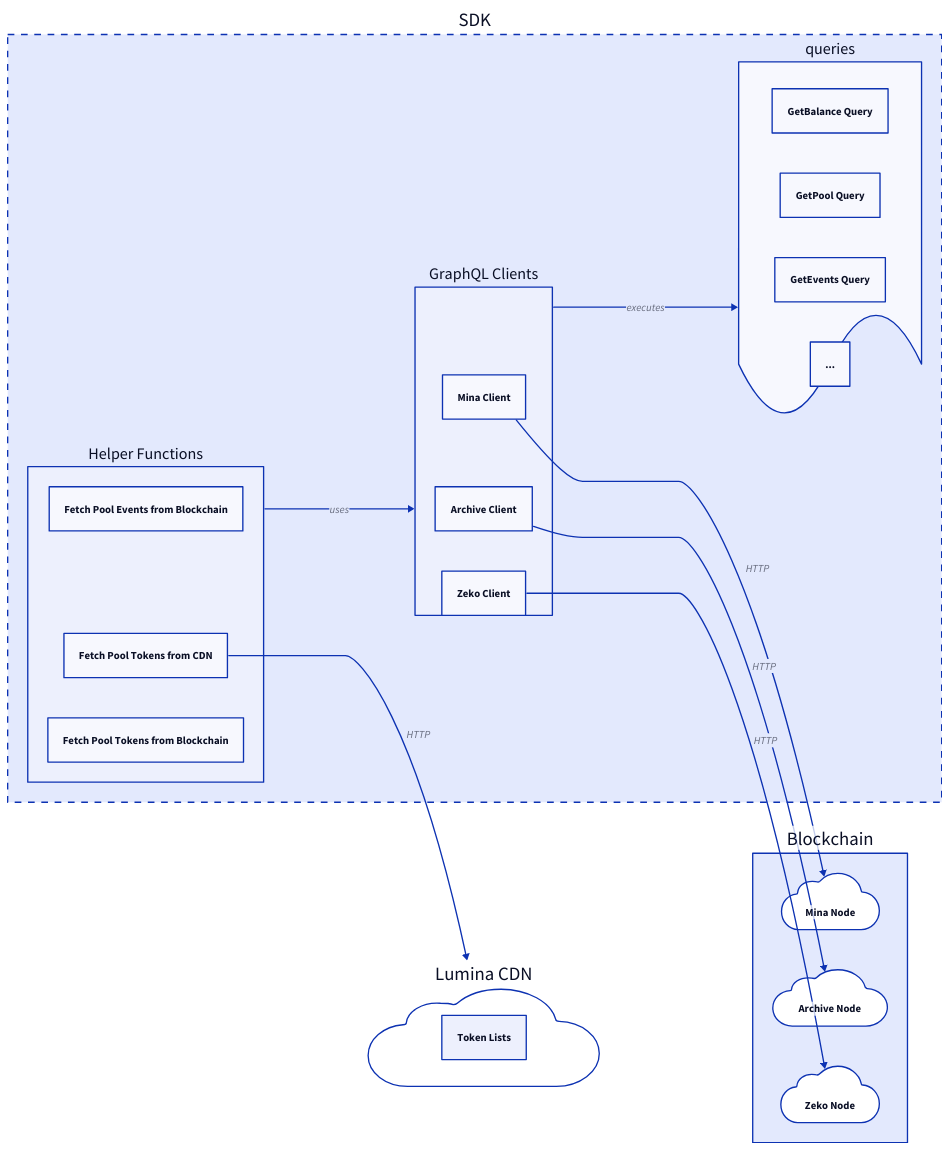
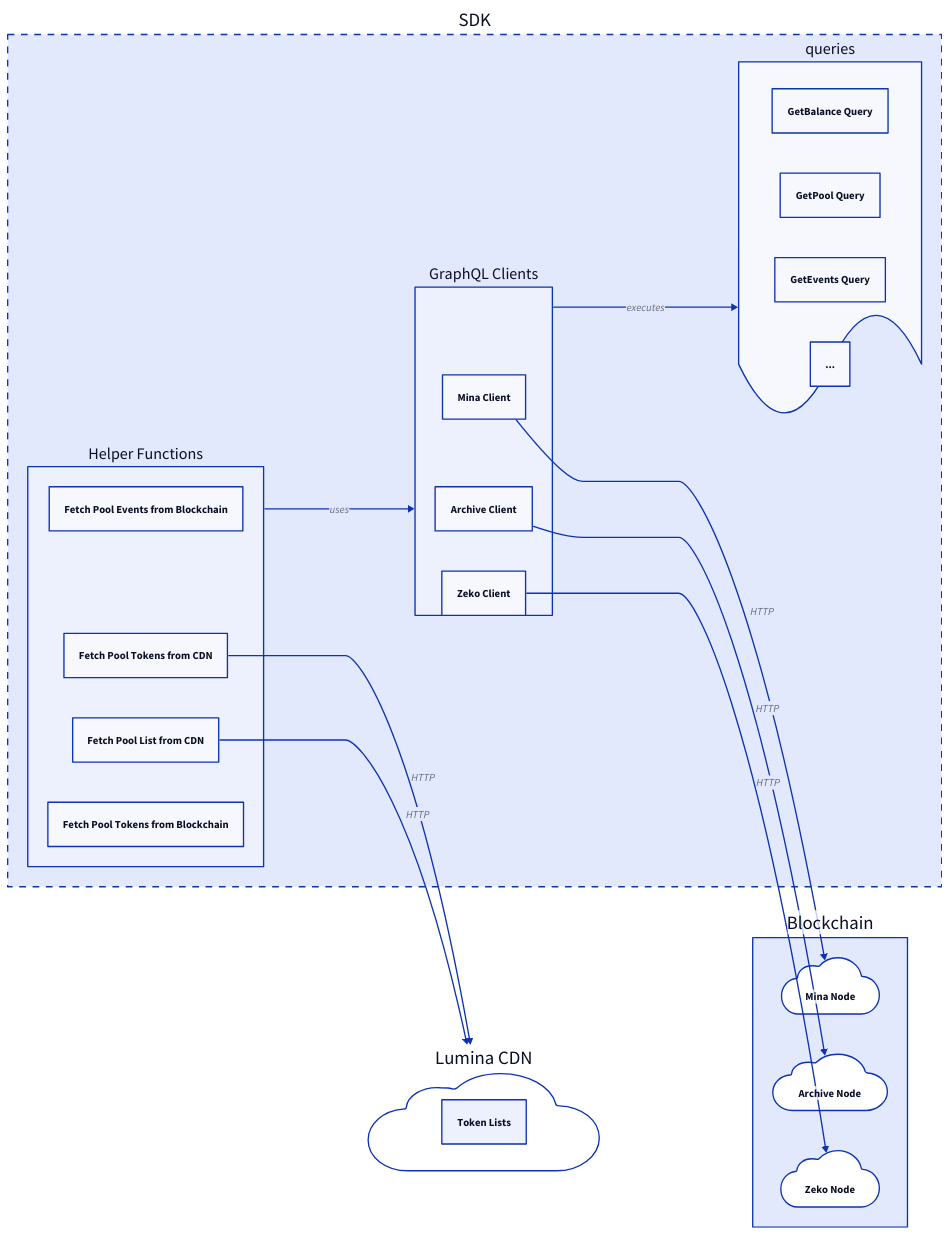
The seventh of 7 diagrams in packages/sdk/docs/guide/core-concepts.md (Lumina-DEX/lumina), drawn with D2 before and after one commit. The commit also changed 10 other files, not shown here.

````diff
--- a/packages/sdk/docs/guide/core-concepts.md
+++ b/packages/sdk/docs/guide/core-concepts.md
@@ -290,60 +290,62 @@
 ```d2
 direction: right
 
 style: {
   fill: transparent
 }
 
 SDK: SDK {
   clients: GraphQL Clients {
     minaClient: Mina Client
     archiveClient: Archive Client
     zekoClient: Zeko Client
   }
   
   queries: {
     shape: document
     
     balanceQuery: GetBalance Query
     poolQuery: GetPool Query
     eventsQuery: GetEvents Query
     other: "..."
   }
   
   helpers: Helper Functions {
-    fetchPoolTokenList: Fetch Pool Tokens from CDN
+    fetchTokenList: Fetch Pool Tokens from CDN
+    fetchPoolList: Fetch Pool List from CDN
     fetchEvents: Fetch Pool Events from Blockchain
     fetchTokens: Fetch Pool Tokens from Blockchain 
   }
   
   clients -> queries: executes
   helpers -> clients: uses
   
   style.stroke-dash: 5
 }
 
 blockchain: Blockchain {
   minaNode: Mina Node {
     shape: cloud
   }
   
   archiveNode: Archive Node {
     shape: cloud
   }
   
   zekoNode: Zeko Node {
     shape: cloud
   }
 }
 
 SDK.clients.minaClient -> blockchain.minaNode: HTTP
 SDK.clients.archiveClient -> blockchain.archiveNode: HTTP
 SDK.clients.zekoClient -> blockchain.zekoNode: HTTP
 
 cdn: Lumina CDN {
   shape: cloud
   tokenLists: Token Lists
 }
 
-SDK.helpers.fetchPoolTokenList -> cdn: HTTP
+SDK.helpers.fetchTokenList -> cdn: HTTP
+SDK.helpers.fetchPoolList -> cdn: HTTP
 ```
````
